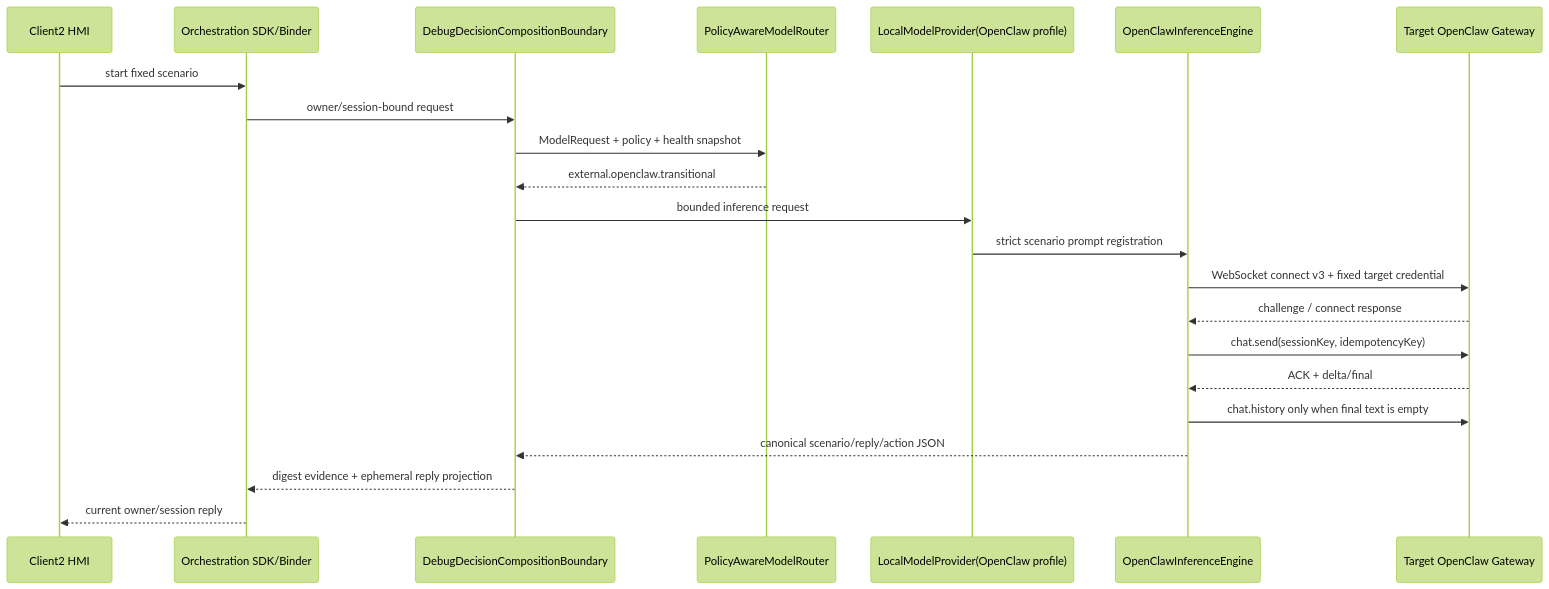
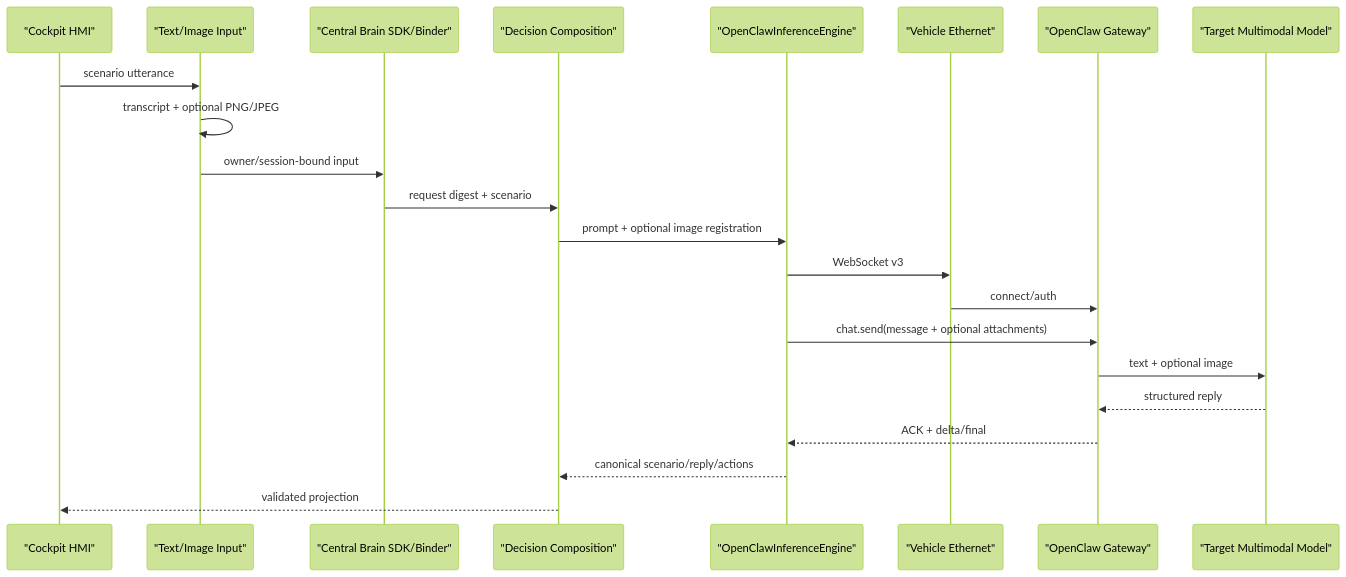
One commit to LucasWEIchen/CougarOS changed the diagram in docs/CENTRAL_BRAIN_OPENCLAW_TARGET_GATEWAY.md. Above: the diagram before and after it, drawn with Mermaid (forest theme). The commit also changed other lines of this file and 9 other files, not shown here.

Commit message:
docs(model): refresh target OpenClaw multimodal interface

````diff
--- a/docs/CENTRAL_BRAIN_OPENCLAW_TARGET_GATEWAY.md
+++ b/docs/CENTRAL_BRAIN_OPENCLAW_TARGET_GATEWAY.md
@@ -30,25 +47,25 @@
 ```mermaid
 sequenceDiagram
-    participant HMI as Client2 HMI
-    participant SDK as Orchestration SDK/Binder
-    participant D as DebugDecisionCompositionBoundary
-    participant R as PolicyAwareModelRouter
-    participant P as LocalModelProvider(OpenClaw profile)
-    participant G as OpenClawInferenceEngine
-    participant O as Target OpenClaw Gateway
+    participant H as "Cockpit HMI"
+    participant I as "Text/Image Input"
+    participant S as "Central Brain SDK/Binder"
+    participant D as "Decision Composition"
+    participant E as "OpenClawInferenceEngine"
+    participant N as "Vehicle Ethernet"
+    participant O as "OpenClaw Gateway"
+    participant M as "Target Multimodal Model"
 
-    HMI->>SDK: start fixed scenario
-    SDK->>D: owner/session-bound request
-    D->>R: ModelRequest + policy + health snapshot
-    R-->>D: external.openclaw.transitional
-    D->>P: bounded inference request
-    P->>G: strict scenario prompt registration
-    G->>O: WebSocket connect v3 + fixed target credential
-    O-->>G: challenge / connect response
-    G->>O: chat.send(sessionKey, idempotencyKey)
-    O-->>G: ACK + delta/final
-    G->>O: chat.history only when final text is empty
-    G-->>D: canonical scenario/reply/action JSON
-    D-->>SDK: digest evidence + ephemeral reply projection
-    SDK-->>HMI: current owner/session reply
+    H->>I: scenario utterance
+    I->>I: transcript + optional PNG/JPEG
+    I->>S: owner/session-bound input
+    S->>D: request digest + scenario
+    D->>E: prompt + optional image registration
+    E->>N: WebSocket v3
+    N->>O: connect/auth
+    E->>O: chat.send(message + optional attachments)
+    O->>M: text + optional image
+    M-->>O: structured reply
+    O-->>E: ACK + delta/final
+    E-->>D: canonical scenario/reply/actions
+    D-->>H: validated projection
 ```
````
